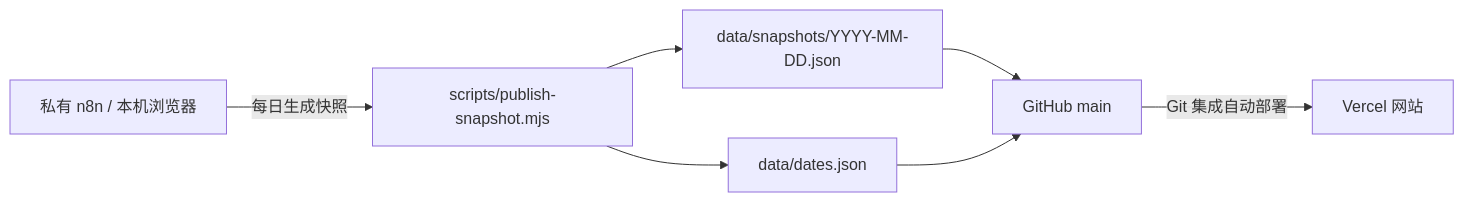
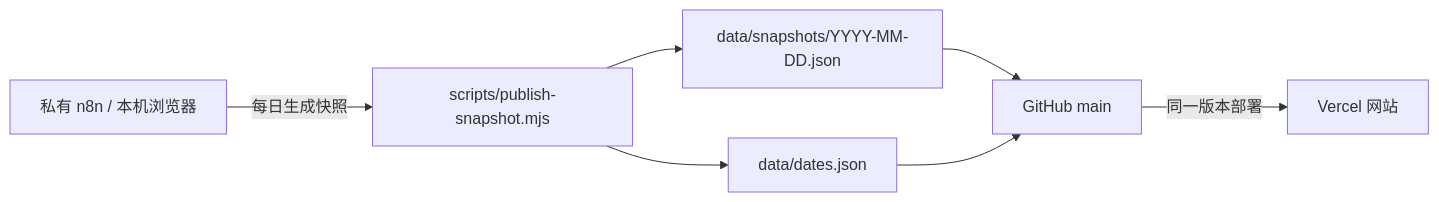
The diagram in README.md (HeyClioo/ai-tender-radar), drawn with Mermaid before and after one commit. The commit also changed other lines of this file and 3 other files, not shown here.

````diff
--- a/README.md
+++ b/README.md
@@ -21,9 +21,9 @@
 ```mermaid
 flowchart LR
   A[私有 n8n / 本机浏览器] -->|每日生成快照| B[scripts/publish-snapshot.mjs]
   B --> C[data/snapshots/YYYY-MM-DD.json]
   B --> D[data/dates.json]
   C --> E[GitHub main]
   D --> E
-  E -->|Git 集成自动部署| F[Vercel 网站]
+  E -->|同一版本部署| F[Vercel 网站]
 ```
````
